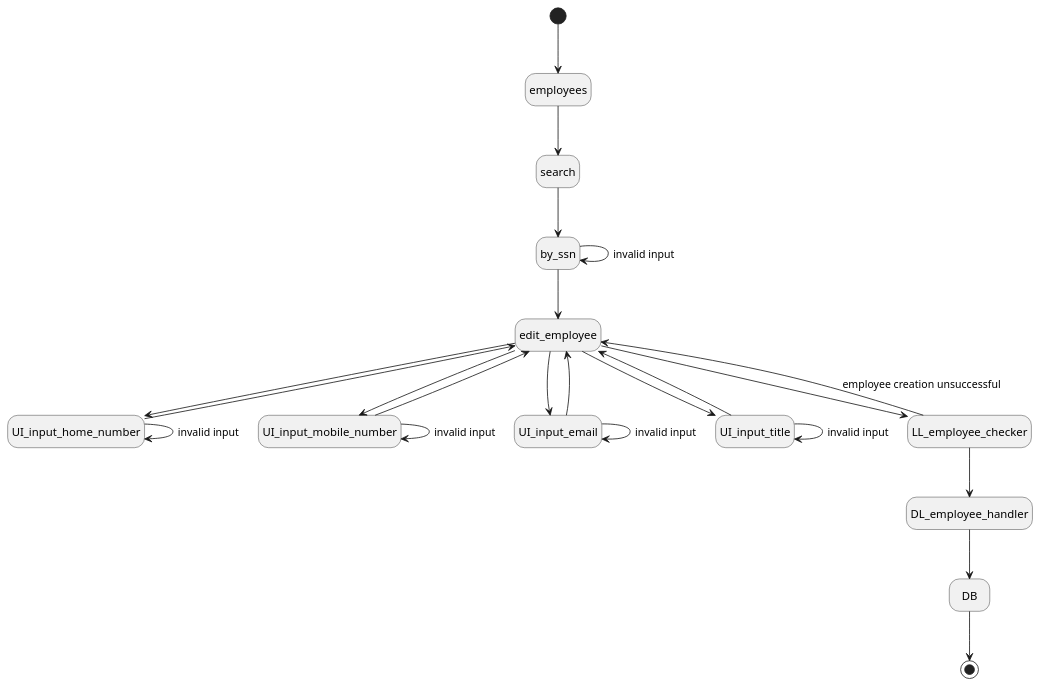
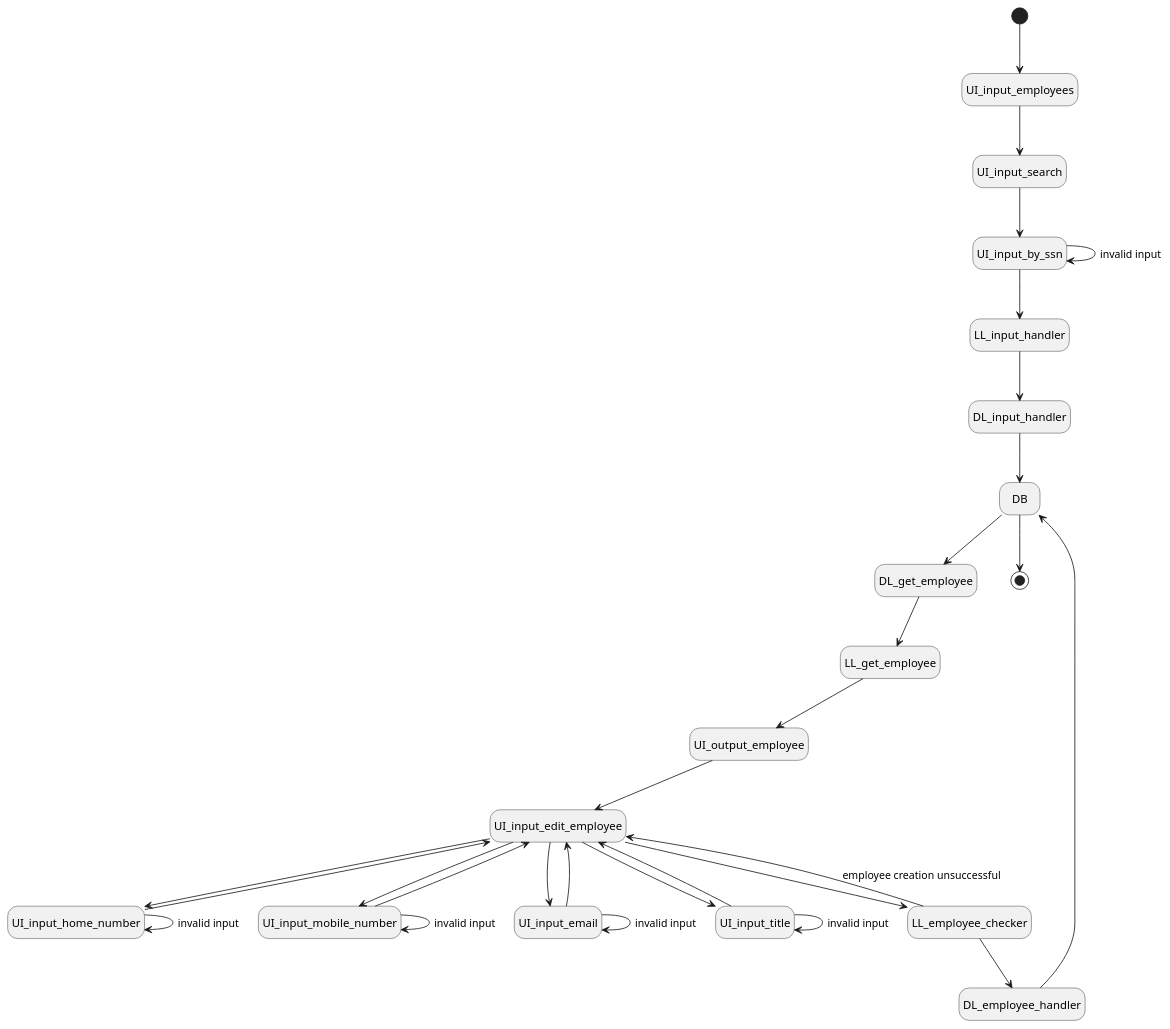
Before and after one commit to irmalexandra/vln1_chuck_nan: the diagram in state_diagrams/edit_employee_info.puml, drawn with PlantUML.

Commit message:
Changed edit employee

```diff
--- a/state_diagrams/edit_employee_info.puml
+++ b/state_diagrams/edit_employee_info.puml
@@ -1,27 +1,33 @@
 @startuml edit employee info
 hide empty description
 
-[*] -down-> employees
-employees -down-> search
-search -down-> by_ssn
-by_ssn -down-> by_ssn:invalid input
-by_ssn -down-> edit_employee
-edit_employee -down-> UI_input_home_number
+[*] -down->  UI_input_employees 
+UI_input_employees -down-> UI_input_search
+UI_input_search -down-> UI_input_by_ssn
+UI_input_by_ssn -down-> UI_input_by_ssn:invalid input
+UI_input_by_ssn -down->  LL_input_handler
+LL_input_handler -down-> DL_input_handler
+DL_input_handler -down-> DB 
+DB -down-> DL_get_employee
+DL_get_employee -down-> LL_get_employee
+LL_get_employee -down-> UI_output_employee
+UI_output_employee -down-> UI_input_edit_employee
+UI_input_edit_employee -down-> UI_input_home_number
 UI_input_home_number -down-> UI_input_home_number:invalid input
-edit_employee -down-> UI_input_mobile_number
+UI_input_edit_employee -down-> UI_input_mobile_number
 UI_input_mobile_number -down-> UI_input_mobile_number:invalid input
-edit_employee -down-> UI_input_email
+UI_input_edit_employee -down-> UI_input_email
 UI_input_email -down-> UI_input_email:invalid input
-edit_employee -down-> UI_input_title
+UI_input_edit_employee -down-> UI_input_title
 UI_input_title -down-> UI_input_title:invalid input
-UI_input_home_number --> edit_employee
-UI_input_mobile_number --> edit_employee
-UI_input_email --> edit_employee
-UI_input_title --> edit_employee
-edit_employee -down-> LL_employee_checker
-LL_employee_checker --> edit_employee:employee creation unsuccessful
+UI_input_home_number --> UI_input_edit_employee
+UI_input_mobile_number --> UI_input_edit_employee
+UI_input_email --> UI_input_edit_employee
+UI_input_title --> UI_input_edit_employee
+UI_input_edit_employee -down-> LL_employee_checker
+LL_employee_checker --> UI_input_edit_employee:employee creation unsuccessful
 LL_employee_checker -down-> DL_employee_handler
 DL_employee_handler -down-> DB
 DB --> [*]
 
 @enduml
```
